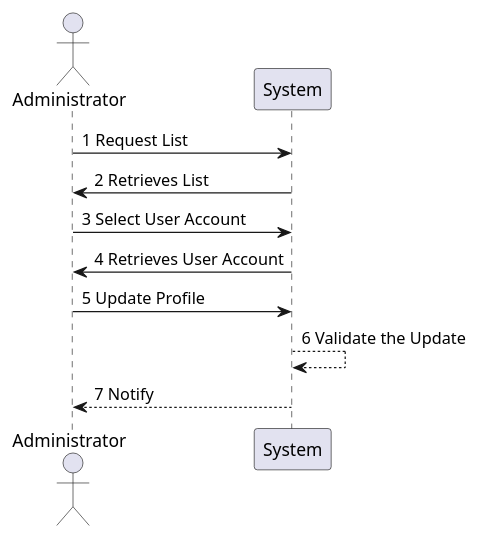
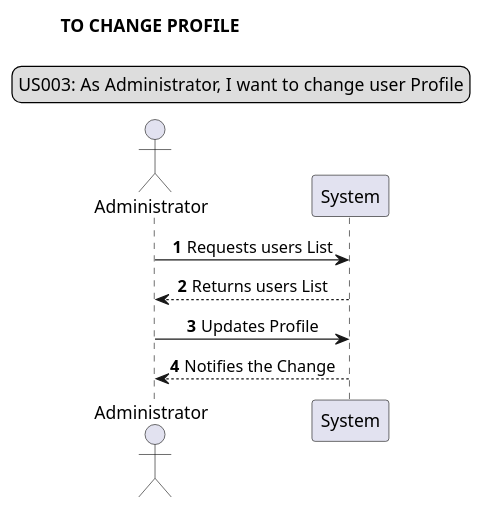
The first of 25 diagrams in docs/data_model/System Sequence Diagram.puml (Loracline/project_switch_22-23), drawn with PlantUML before and after one commit. The commit also changed other lines of this file, not shown here.

First line of the commit message:
[None US number]: [Project]: [System Sequence Diagram]

```diff
--- a/docs/data_model/System Sequence Diagram.puml
+++ b/docs/data_model/System Sequence Diagram.puml
@@ -1,10 +1,13 @@
-@startuml Change Profile
+@startuml
+skinparam sequenceMessageAlign center
+autonumber
+title TO CHANGE PROFILE
+legend top
+US003: As Administrator, I want to change user Profile
+end legend
 actor Administrator
-Administrator -> System:1 Request List
-System -> Administrator:2 Retrieves List
-Administrator -> System:3 Select User Account
-System -> Administrator:4 Retrieves User Account
-Administrator -> System:5 Update Profile
-System --> System:6 Validate the Update
-System --> Administrator:7 Notify
+Administrator -> System: Requests users List
+System --> Administrator: Returns users List
+Administrator -> System: Updates Profile
+System --> Administrator: Notifies the Change
 @enduml
```
